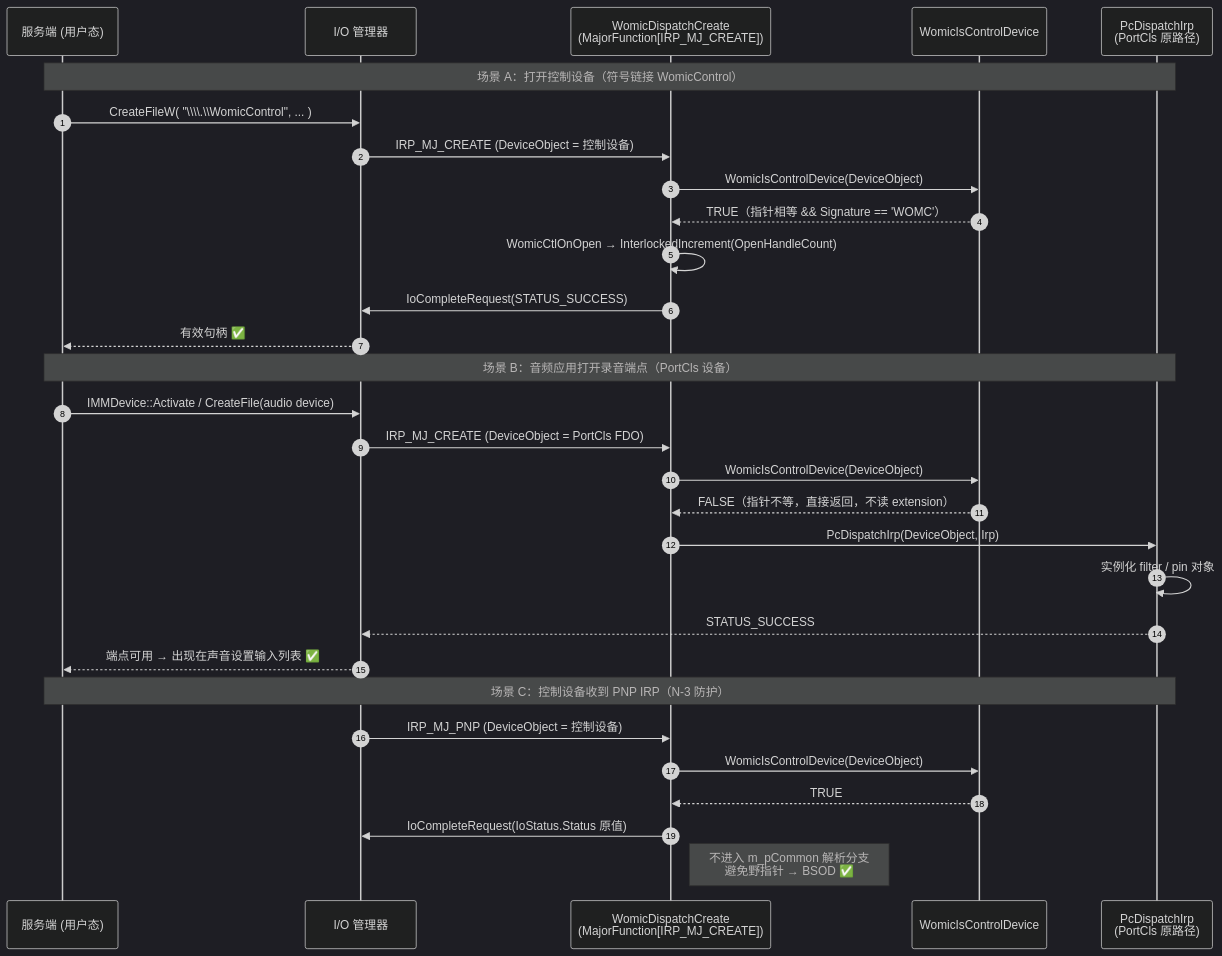
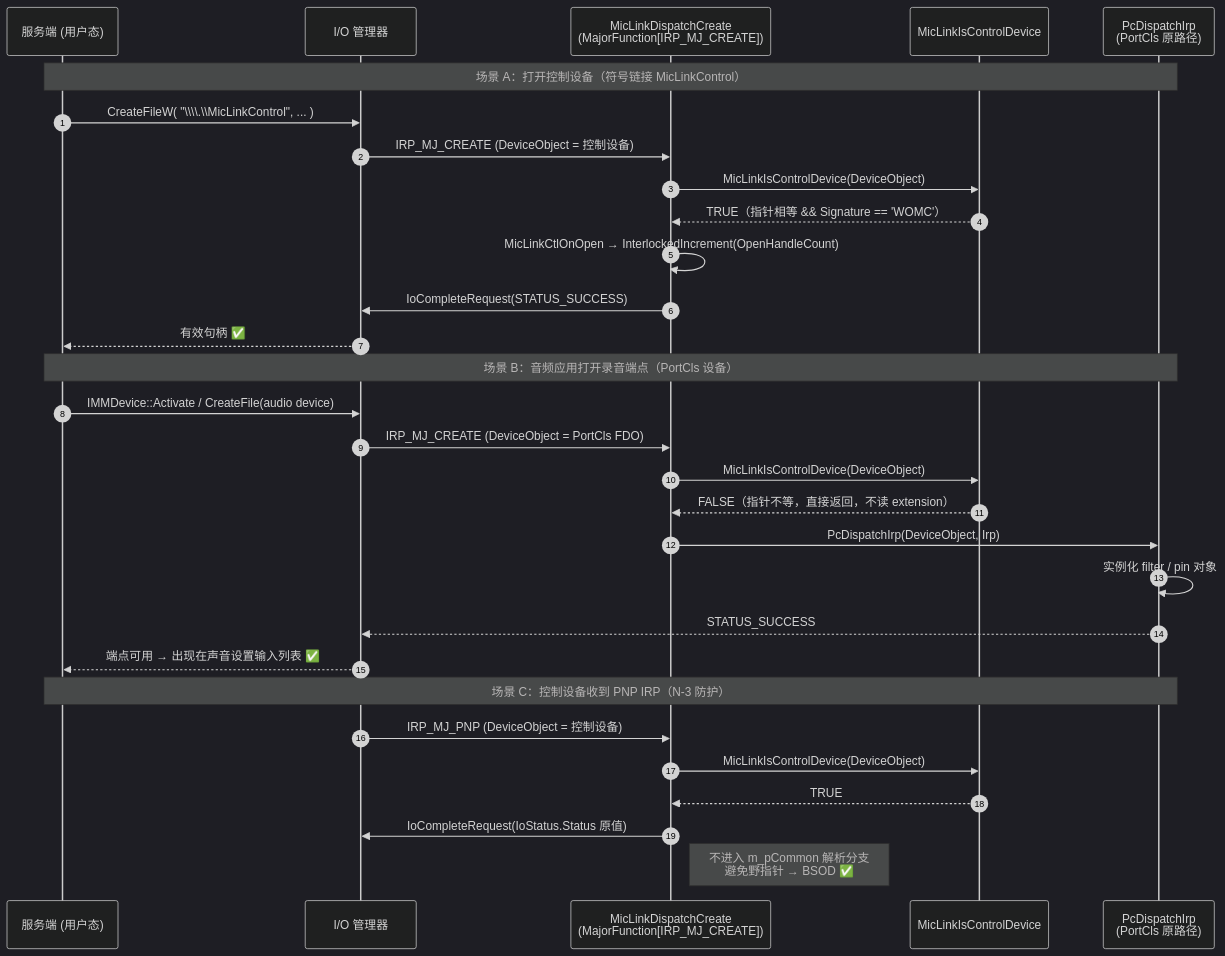
Before and after one commit to 1-1-2/WKB_test: the third of 6 diagrams in docs/ARCHITECTURE.md, drawn with Mermaid (dark theme). The commit also changed other lines of this file and 130 other files, not shown here.

````diff
--- a/docs/ARCHITECTURE.md
+++ b/docs/ARCHITECTURE.md
@@ -438,35 +438,35 @@
 ```mermaid
 sequenceDiagram
     autonumber
     participant U as 服务端 (用户态)
     participant IO as I/O 管理器
-    participant D as WomicDispatchCreate<br/>(MajorFunction[IRP_MJ_CREATE])
-    participant ID as WomicIsControlDevice
+    participant D as MicLinkDispatchCreate<br/>(MajorFunction[IRP_MJ_CREATE])
+    participant ID as MicLinkIsControlDevice
     participant PC as PcDispatchIrp<br/>(PortCls 原路径)
 
-    Note over U,PC: 场景 A：打开控制设备（符号链接 WomicControl）
-    U->>IO: CreateFileW( "\\\\.\\WomicControl", ... )
+    Note over U,PC: 场景 A：打开控制设备（符号链接 MicLinkControl）
+    U->>IO: CreateFileW( "\\\\.\\MicLinkControl", ... )
     IO->>D: IRP_MJ_CREATE (DeviceObject = 控制设备)
-    D->>ID: WomicIsControlDevice(DeviceObject)
+    D->>ID: MicLinkIsControlDevice(DeviceObject)
     ID-->>D: TRUE（指针相等 && Signature == 'WOMC'）
-    D->>D: WomicCtlOnOpen → InterlockedIncrement(OpenHandleCount)
+    D->>D: MicLinkCtlOnOpen → InterlockedIncrement(OpenHandleCount)
     D->>IO: IoCompleteRequest(STATUS_SUCCESS)
     IO-->>U: 有效句柄 ✅
 
     Note over U,PC: 场景 B：音频应用打开录音端点（PortCls 设备）
     U->>IO: IMMDevice::Activate / CreateFile(audio device)
     IO->>D: IRP_MJ_CREATE (DeviceObject = PortCls FDO)
-    D->>ID: WomicIsControlDevice(DeviceObject)
+    D->>ID: MicLinkIsControlDevice(DeviceObject)
     ID-->>D: FALSE（指针不等，直接返回，不读 extension）
     D->>PC: PcDispatchIrp(DeviceObject, Irp)
     PC->>PC: 实例化 filter / pin 对象
     PC-->>IO: STATUS_SUCCESS
     IO-->>U: 端点可用 → 出现在声音设置输入列表 ✅
 
     Note over U,PC: 场景 C：控制设备收到 PNP IRP（N-3 防护）
     IO->>D: IRP_MJ_PNP (DeviceObject = 控制设备)
-    D->>ID: WomicIsControlDevice(DeviceObject)
+    D->>ID: MicLinkIsControlDevice(DeviceObject)
     ID-->>D: TRUE
     D->>IO: IoCompleteRequest(IoStatus.Status 原值)
     Note right of D: 不进入 m_pCommon 解析分支<br/>避免野指针 → BSOD ✅
 ```
````
